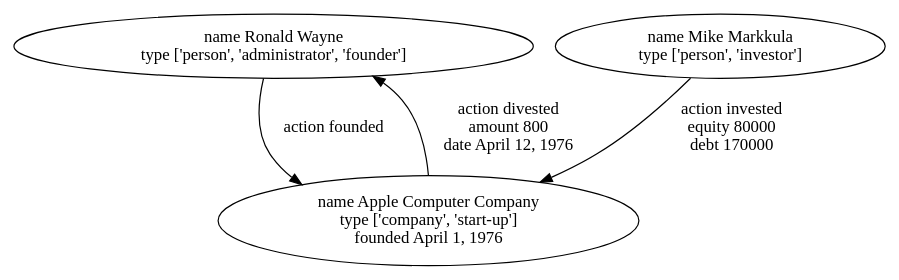
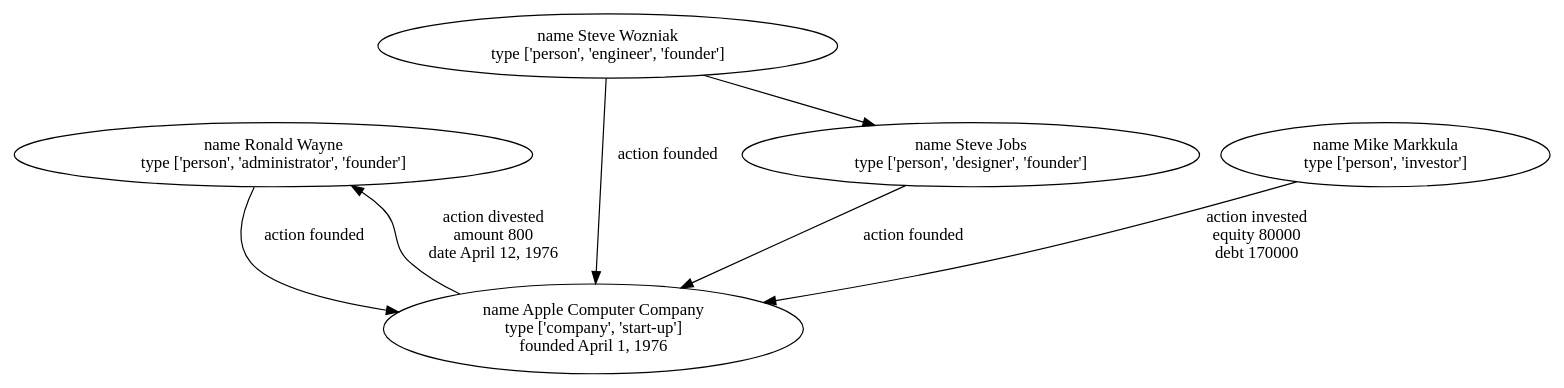
Before and after one commit to dpapathanasiou/simple-graph: the diagram in .examples/apple-raw.dot, drawn with Graphviz. The commit also changed 4 other files, not shown here.

```diff
--- a/.examples/apple-raw.dot
+++ b/.examples/apple-raw.dot
@@ -1,8 +1,13 @@
 digraph {
 	4 [label="name Ronald Wayne\ntype ['person', 'administrator', 'founder']"]
 	1 -> 4 [label="action divested\namount 800\ndate April 12, 1976"]
 	4 -> 1 [label="action founded"]
 	1 [label="name Apple Computer Company\ntype ['company', 'start-up']\nfounded April 1, 1976"]
+	2 -> 1 [label="action founded"]
+	3 -> 1 [label="action founded"]
 	5 -> 1 [label="action invested\nequity 80000\ndebt 170000"]
+	2 [label="name Steve Wozniak\ntype ['person', 'engineer', 'founder']"]
+	2 -> 3
+	3 [label="name Steve Jobs\ntype ['person', 'designer', 'founder']"]
 	5 [label="name Mike Markkula\ntype ['person', 'investor']"]
 }
```
